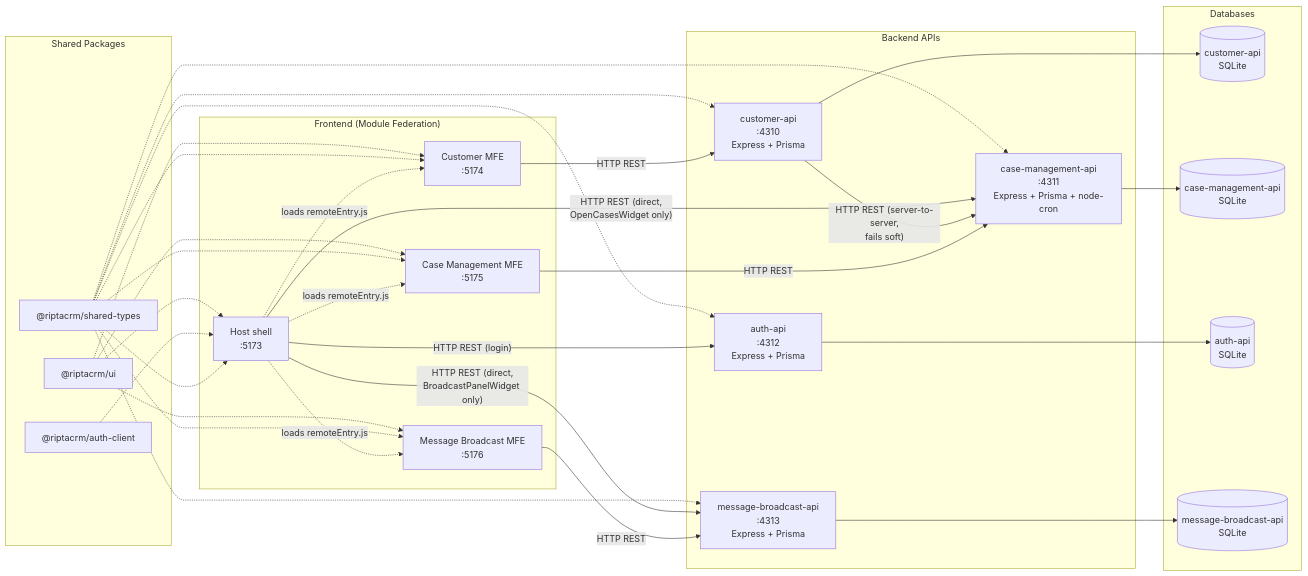
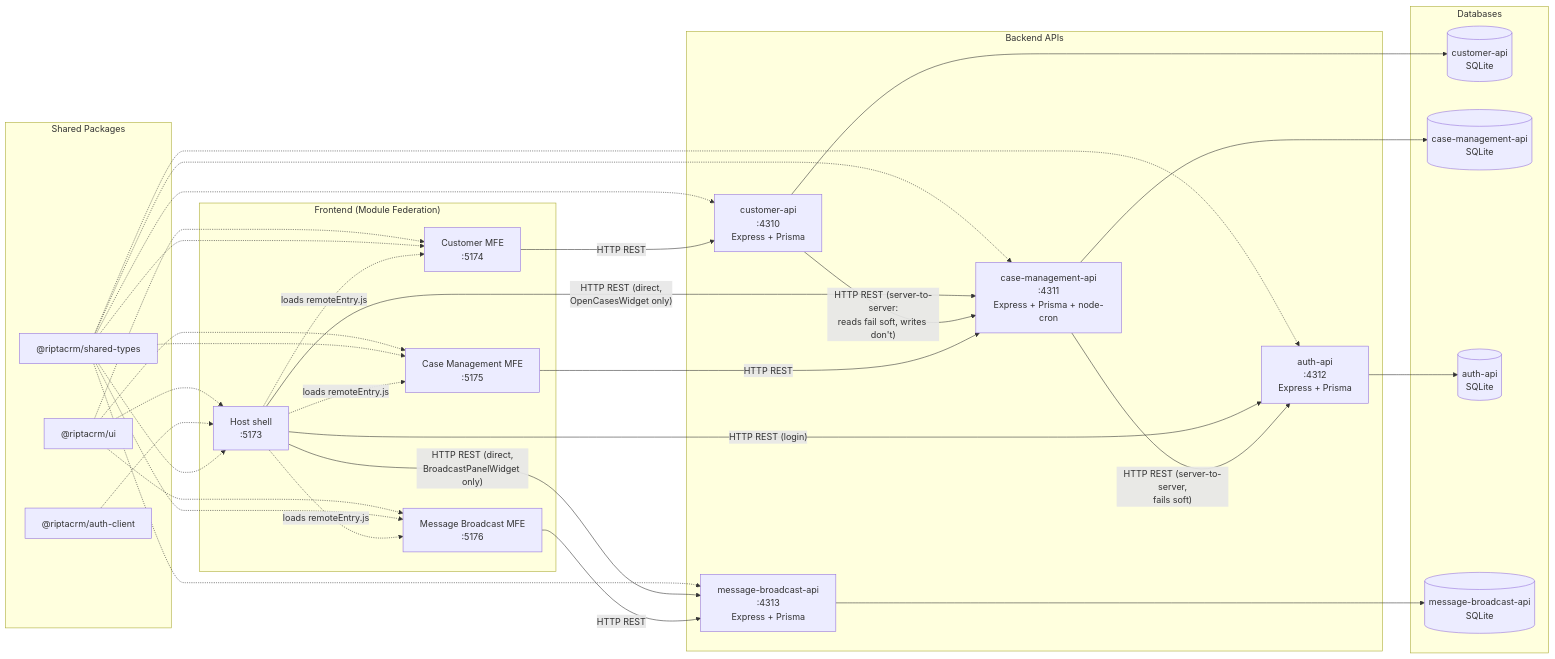
One commit to ripta101/RiptaCRM changed the diagram in docs/architecture.md. Above: the diagram before and after it, drawn with Mermaid. The commit also changed other lines of this file and 46 other files, not shown here.

````diff
--- a/docs/architecture.md
+++ b/docs/architecture.md
@@ -5,60 +5,61 @@
 ```mermaid
 graph LR
     subgraph Frontend["Frontend (Module Federation)"]
         Host["Host shell<br/>:5173"]
         CustomerMFE["Customer MFE<br/>:5174"]
         CaseMFE["Case Management MFE<br/>:5175"]
         BroadcastMFE["Message Broadcast MFE<br/>:5176"]
     end
 
     subgraph Backend["Backend APIs"]
         CustomerAPI["customer-api<br/>:4310<br/>Express + Prisma"]
         CaseAPI["case-management-api<br/>:4311<br/>Express + Prisma + node-cron"]
         AuthAPI["auth-api<br/>:4312<br/>Express + Prisma"]
         BroadcastAPI["message-broadcast-api<br/>:4313<br/>Express + Prisma"]
     end
 
     subgraph Data["Databases"]
         CustomerDB[("customer-api<br/>SQLite")]
         CaseDB[("case-management-api<br/>SQLite")]
         AuthDB[("auth-api<br/>SQLite")]
         BroadcastDB[("message-broadcast-api<br/>SQLite")]
     end
 
     subgraph Shared["Shared Packages"]
         Types["@riptacrm/shared-types"]
         Auth["@riptacrm/auth-client"]
         UI["@riptacrm/ui"]
     end
 
     Host -. "loads remoteEntry.js" .-> CustomerMFE
     Host -. "loads remoteEntry.js" .-> CaseMFE
     Host -. "loads remoteEntry.js" .-> BroadcastMFE
 
     CustomerMFE -- "HTTP REST" --> CustomerAPI
     CaseMFE -- "HTTP REST" --> CaseAPI
     BroadcastMFE -- "HTTP REST" --> BroadcastAPI
-    CustomerAPI -- "HTTP REST (server-to-server,<br/>fails soft)" --> CaseAPI
+    CustomerAPI -- "HTTP REST (server-to-server:<br/>reads fail soft, writes don't)" --> CaseAPI
+    CaseAPI -- "HTTP REST (server-to-server,<br/>fails soft)" --> AuthAPI
     Host -- "HTTP REST (direct,<br/>OpenCasesWidget only)" --> CaseAPI
     Host -- "HTTP REST (login)" --> AuthAPI
     Host -- "HTTP REST (direct,<br/>BroadcastPanelWidget only)" --> BroadcastAPI
 
     CustomerAPI --> CustomerDB
     CaseAPI --> CaseDB
     AuthAPI --> AuthDB
     BroadcastAPI --> BroadcastDB
 
     Types -.-> Host
     Types -.-> CustomerMFE
     Types -.-> CaseMFE
     Types -.-> BroadcastMFE
     Types -.-> CustomerAPI
     Types -.-> CaseAPI
     Types -.-> AuthAPI
     Types -.-> BroadcastAPI
     Auth -.-> Host
     UI -.-> Host
     UI -.-> CustomerMFE
     UI -.-> CaseMFE
     UI -.-> BroadcastMFE
 ```
````
